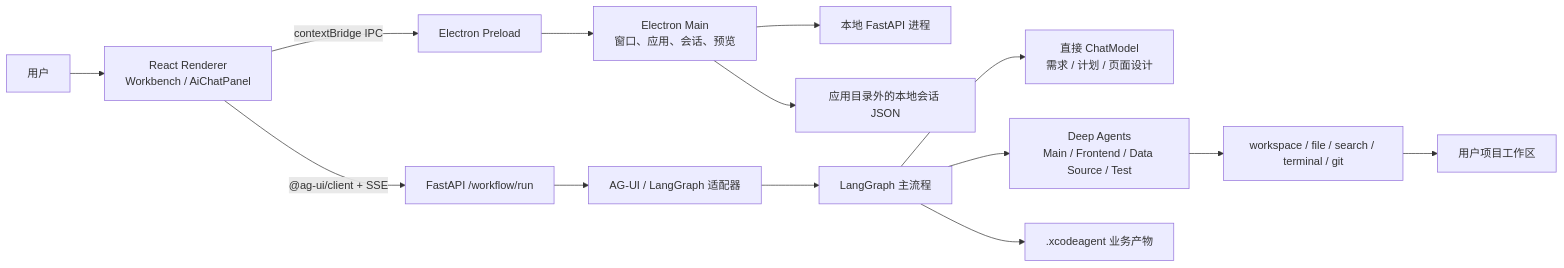
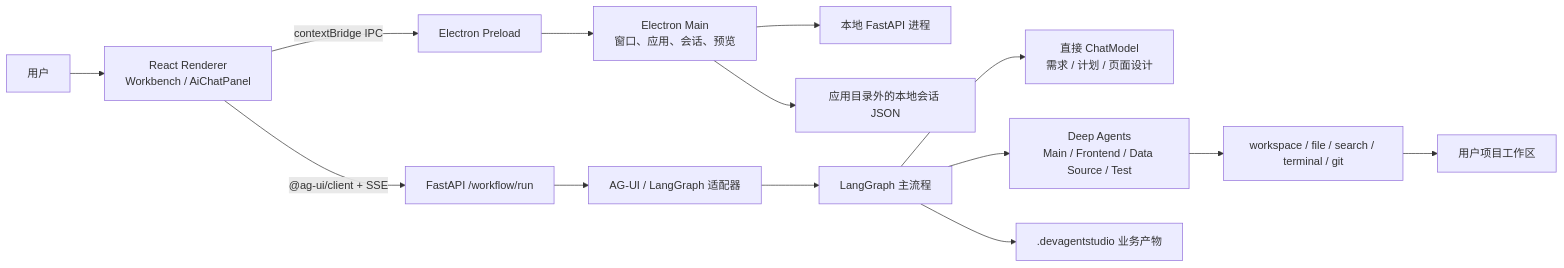
Before and after one commit to YYYWYF/XCodeAgent: the first of 4 diagrams in docs/PROJECT_ARCHITECTURE_AUDIT.md, drawn with Mermaid. The commit also changed other lines of this file and 460 other files, not shown here.

````diff
--- a/docs/PROJECT_ARCHITECTURE_AUDIT.md
+++ b/docs/PROJECT_ARCHITECTURE_AUDIT.md
@@ -47,16 +47,16 @@
 ```mermaid
 flowchart LR
     User["用户"] --> Renderer["React Renderer\nWorkbench / AiChatPanel"]
     Renderer -->|"contextBridge IPC"| Preload["Electron Preload"]
     Preload --> Main["Electron Main\n窗口、应用、会话、预览"]
     Main --> BackendProcess["本地 FastAPI 进程"]
     Renderer -->|"@ag-ui/client + SSE"| API["FastAPI /workflow/run"]
     API --> Adapter["AG-UI / LangGraph 适配器"]
     Adapter --> Graph["LangGraph 主流程"]
     Graph --> DirectModels["直接 ChatModel\n需求 / 计划 / 页面设计"]
     Graph --> DeepAgents["Deep Agents\nMain / Frontend / Data Source / Test"]
     DeepAgents --> Tools["workspace / file / search / terminal / git"]
     Tools --> Project["用户项目工作区"]
-    Graph --> Artifacts[".xcodeagent 业务产物"]
+    Graph --> Artifacts[".devagentstudio 业务产物"]
     Main --> SessionStore["应用目录外的本地会话 JSON"]
 ```
````
